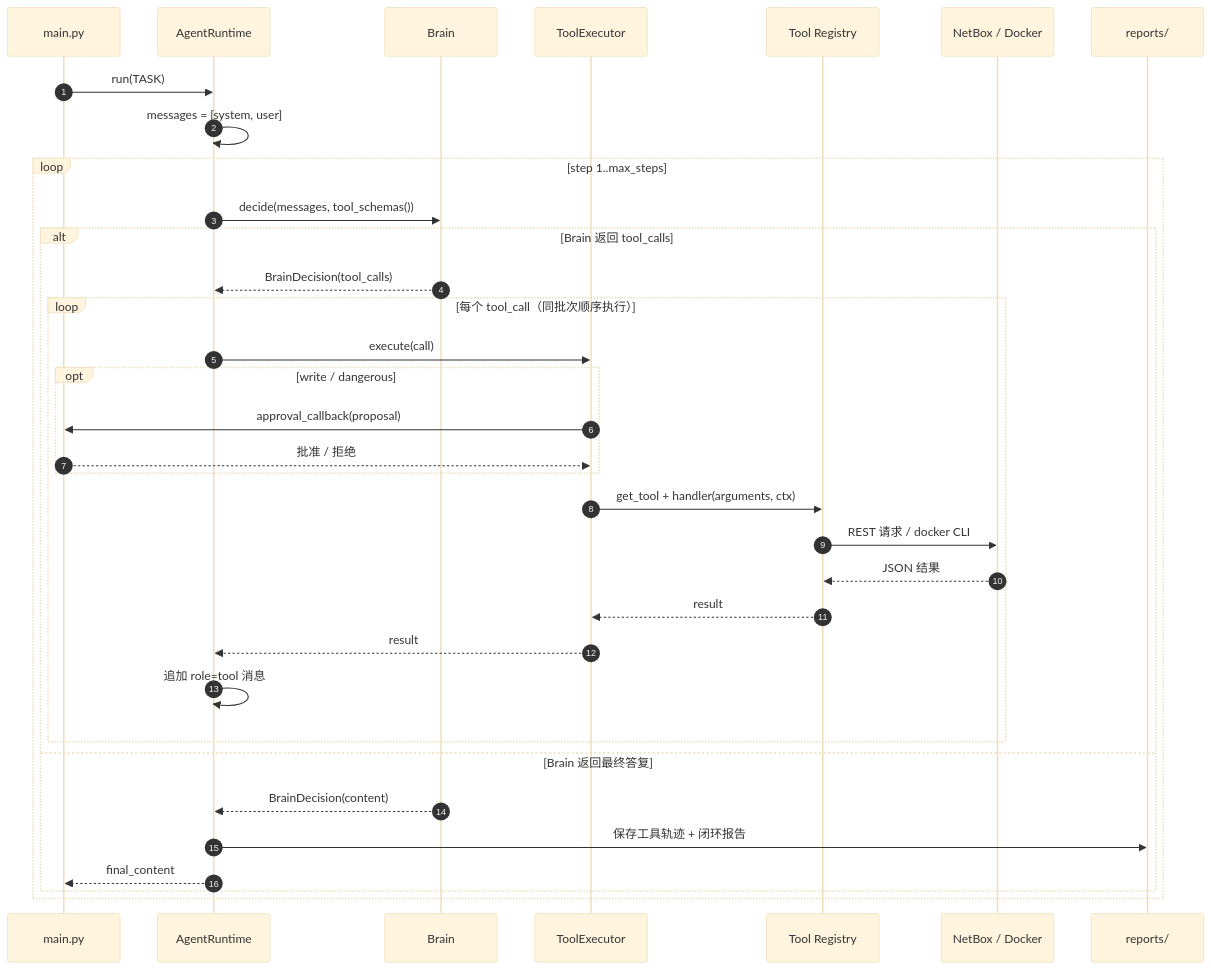
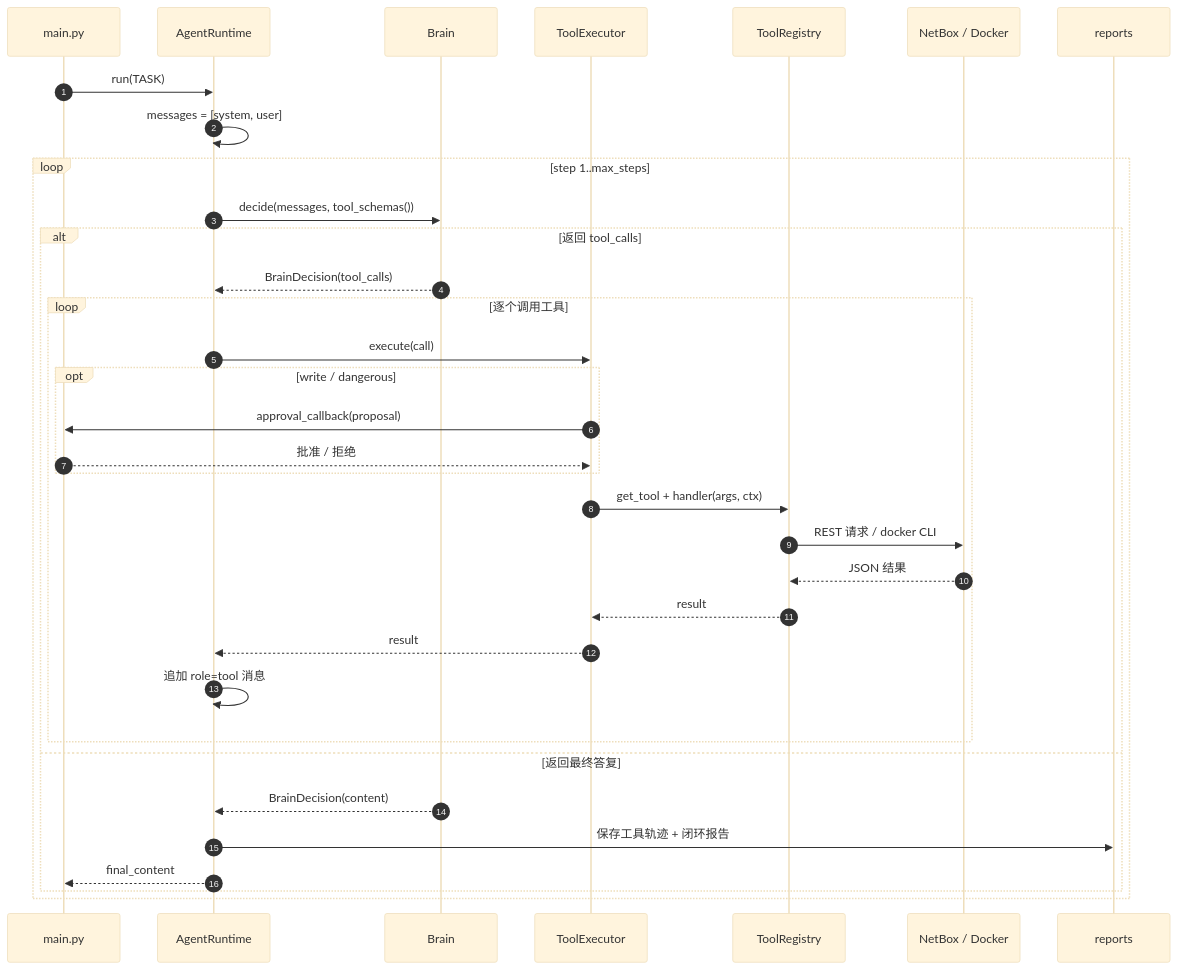
One commit to stephenwang6/sre-agent changed the second of 2 diagrams in README.md. Above: the diagram before and after it, drawn with Mermaid (base theme). The commit also changed other lines of this file, not shown here.

````diff
--- a/README.md
+++ b/README.md
@@ -84,37 +110,37 @@
 ```mermaid
 sequenceDiagram
     autonumber
     participant CLI as main.py
     participant RT as AgentRuntime
     participant BR as Brain
     participant EX as ToolExecutor
-    participant TL as Tool Registry
+    participant TL as ToolRegistry
     participant NB as NetBox / Docker
-    participant FS as reports/
+    participant FS as reports
 
     CLI->>RT: run(TASK)
     RT->>RT: messages = [system, user]
     loop step 1..max_steps
         RT->>BR: decide(messages, tool_schemas())
-        alt Brain 返回 tool_calls
+        alt 返回 tool_calls
             BR-->>RT: BrainDecision(tool_calls)
-            loop 每个 tool_call（同批次顺序执行）
+            loop 逐个调用工具
                 RT->>EX: execute(call)
                 opt write / dangerous
                     EX->>CLI: approval_callback(proposal)
                     CLI-->>EX: 批准 / 拒绝
                 end
-                EX->>TL: get_tool + handler(arguments, ctx)
+                EX->>TL: get_tool + handler(args, ctx)
                 TL->>NB: REST 请求 / docker CLI
                 NB-->>TL: JSON 结果
                 TL-->>EX: result
                 EX-->>RT: result
                 RT->>RT: 追加 role=tool 消息
             end
-        else Brain 返回最终答复
+        else 返回最终答复
             BR-->>RT: BrainDecision(content)
             RT->>FS: 保存工具轨迹 + 闭环报告
             RT-->>CLI: final_content
         end
     end
 ```
````
